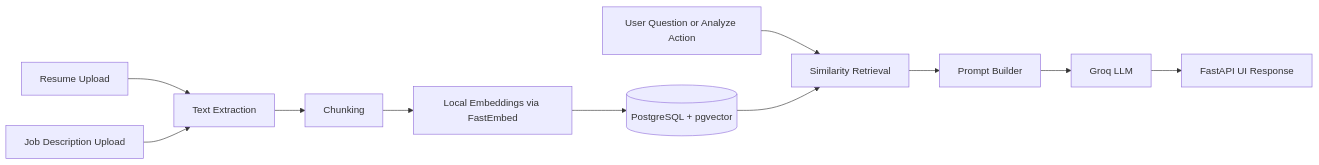
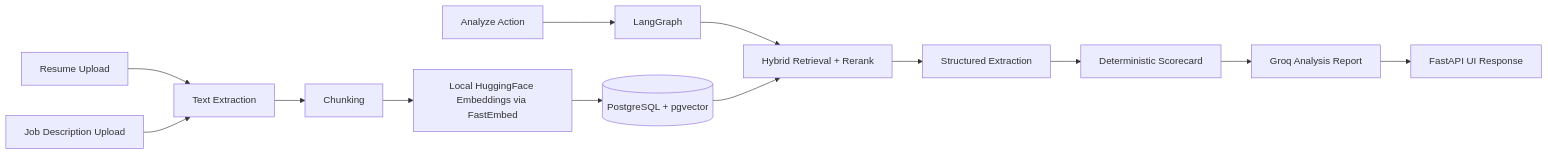
The diagram in README.md (ujjwalsingh108/career_intelligence_assistant), drawn with Mermaid before and after one commit. The commit also changed other lines of this file and 18 other files, not shown here.

Commit message:
Add premium roadmap: hybrid retrieval, LangGraph, scorecards, eval harness, observability

````diff
--- a/README.md
+++ b/README.md
@@ -32,13 +37,15 @@
 ```mermaid
 flowchart LR
 	A[Resume Upload] --> B[Text Extraction]
 	C[Job Description Upload] --> B
 	B --> D[Chunking]
-	D --> E[Local Embeddings via FastEmbed]
+	D --> E[Local HuggingFace Embeddings via FastEmbed]
 	E --> F[(PostgreSQL + pgvector)]
-	G[User Question or Analyze Action] --> H[Similarity Retrieval]
-	F --> H
-	H --> I[Prompt Builder]
-	I --> J[Groq LLM]
-	J --> K[FastAPI UI Response]
+	G[Analyze Action] --> H[LangGraph]
+	H --> I[Hybrid Retrieval + Rerank]
+	F --> I
+	I --> J[Structured Extraction]
+	J --> K[Deterministic Scorecard]
+	K --> L[Groq Analysis Report]
+	L --> M[FastAPI UI Response]
 ```
````
